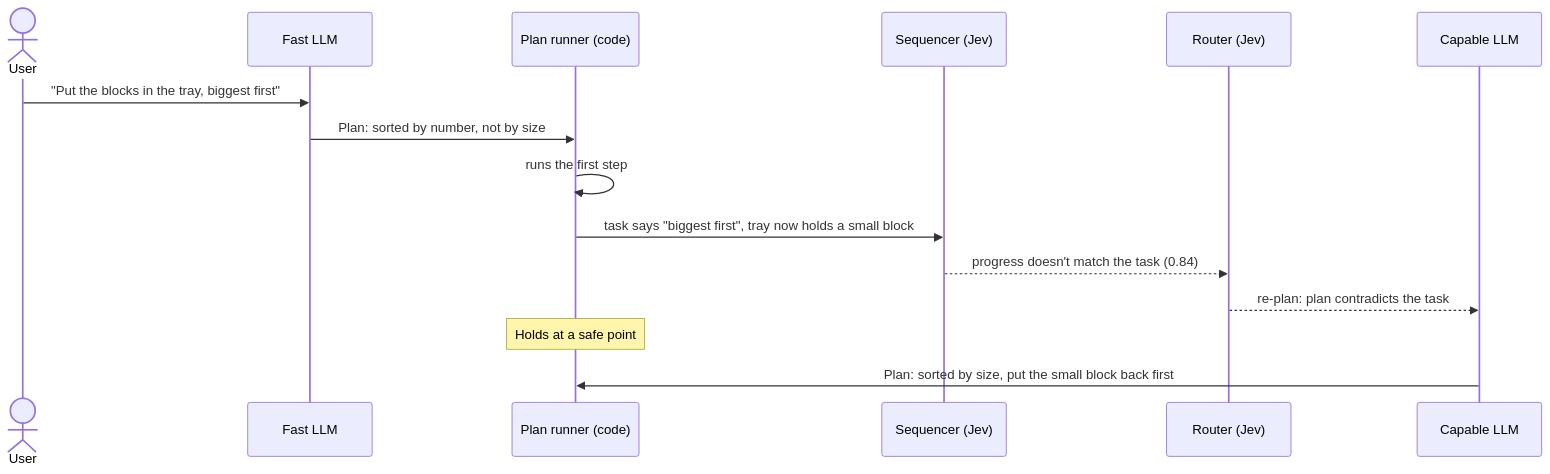
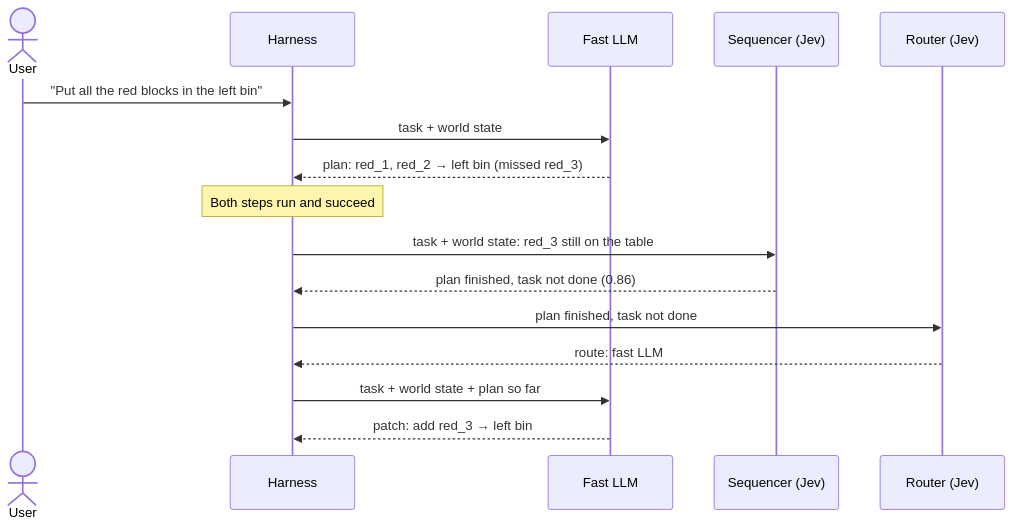
Before and after one commit to alee792/robojev: the fifth of 6 diagrams in docs/v2-diagrams.md, drawn with Mermaid. The commit also changed other lines of this file and 1 other file, not shown here.

First line of the commit message:
v2 diagrams: event bus and async layers, perception on top, start-up sequence, unambiguous wrong-plan example; v2.md: harness, how it runs, task = final arrangement

````diff
--- a/docs/v2-diagrams.md
+++ b/docs/v2-diagrams.md
@@ -126,18 +136,19 @@
 ```mermaid
 sequenceDiagram
     actor U as User
-    participant P1 as Fast LLM
-    participant R as Plan runner (code)
+    participant H as Harness
+    participant P as Fast LLM
     participant S as Sequencer (Jev)
     participant Ro as Router (Jev)
-    participant P2 as Capable LLM
 
-    U->>P1: "Put the blocks in the tray, biggest first"
-    P1->>R: Plan: sorted by number, not by size
-    R->>R: runs the first step
-    R->>S: task says "biggest first", tray now holds a small block
-    S-->>Ro: progress doesn't match the task (0.84)
-    Ro-->>P2: re-plan: plan contradicts the task
-    Note over R: Holds at a safe point
-    P2->>R: Plan: sorted by size, put the small block back first
+    U->>H: "Put all the red blocks in the left bin"
+    H->>P: task + world state
+    P-->>H: plan: red_1, red_2 → left bin (missed red_3)
+    Note over H: Both steps run and succeed
+    H->>S: task + world state: red_3 still on the table
+    S-->>H: plan finished, task not done (0.86)
+    H->>Ro: plan finished, task not done
+    Ro-->>H: route: fast LLM
+    H->>P: task + world state + plan so far
+    P-->>H: patch: add red_3 → left bin
 ```
````
